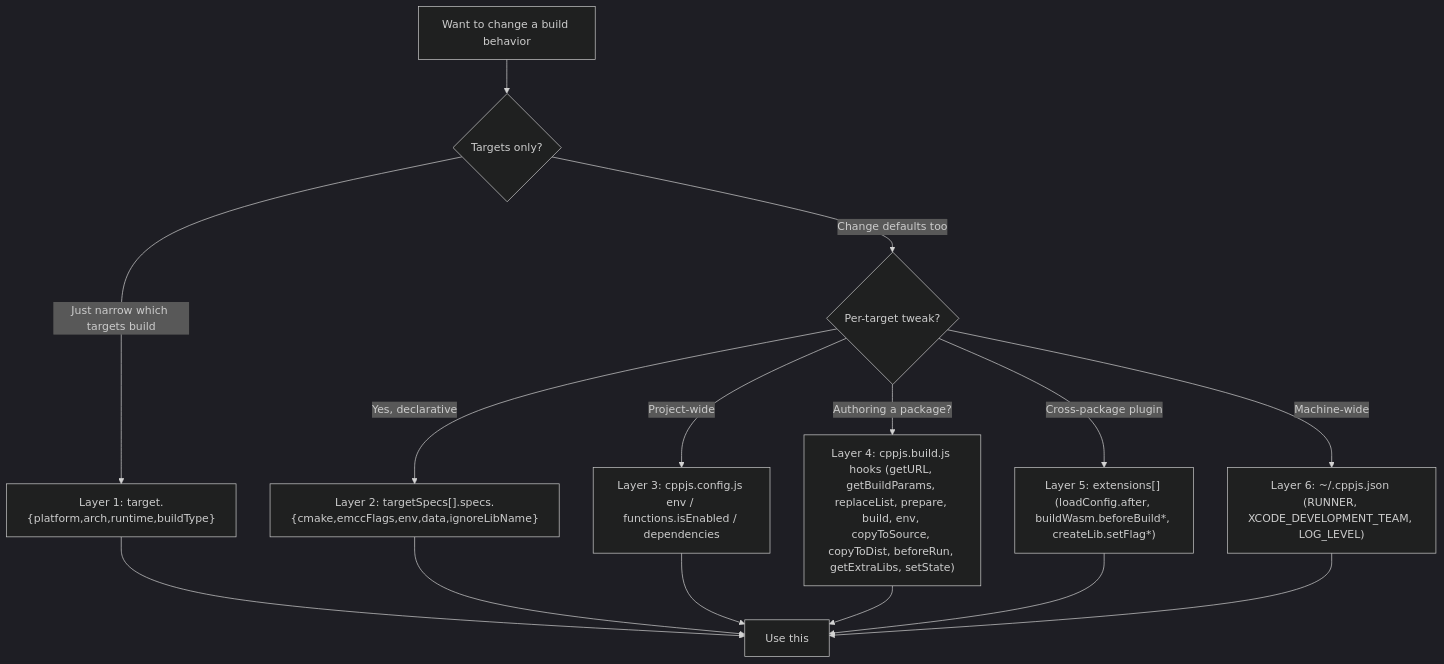
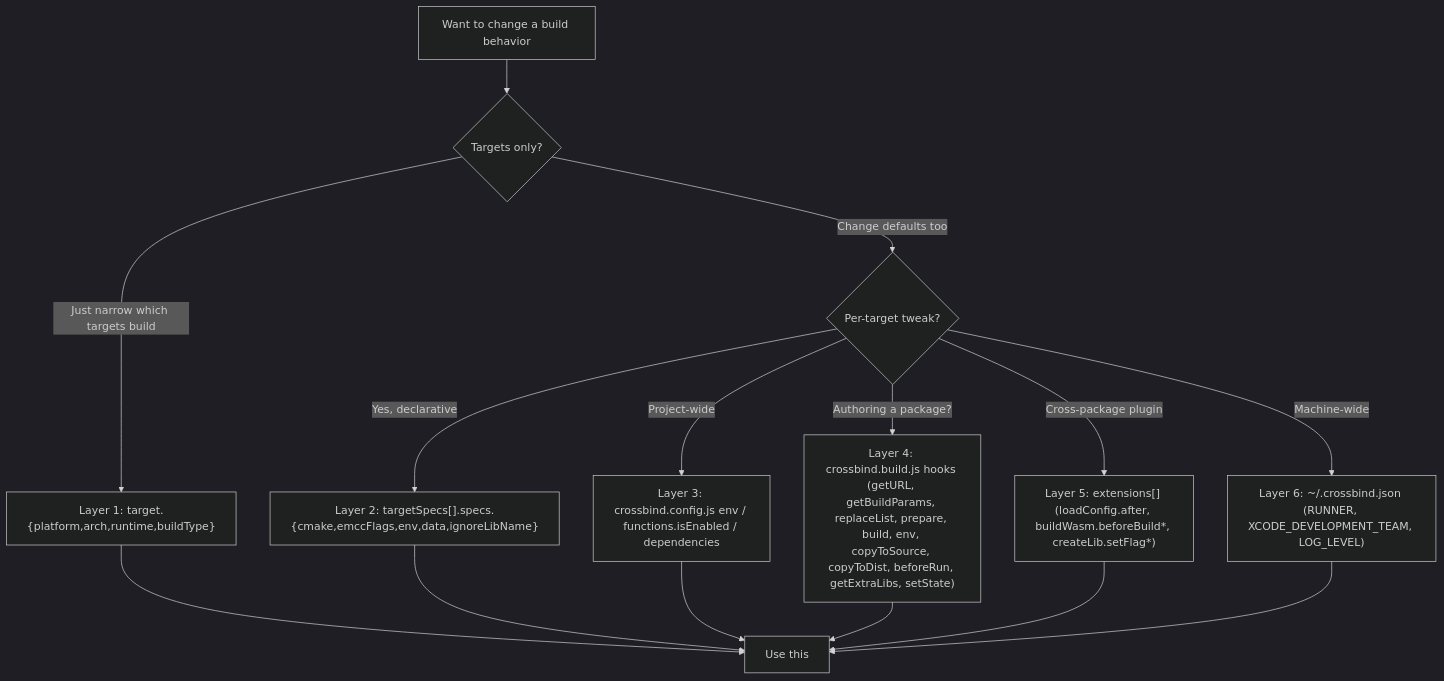
The second of 3 diagrams in docs/ARCHITECTURE.md (bugra9/cpp.js), drawn with Mermaid (dark theme) before and after one commit. The commit also changed other lines of this file and 2778 other files, not shown here.

````diff
--- a/docs/ARCHITECTURE.md
+++ b/docs/ARCHITECTURE.md
@@ -125,17 +125,17 @@
 ```mermaid
 flowchart TD
     Q["Want to change a build behavior"] --> Filter{"Targets only?"}
     Filter -->|"Just narrow which targets build"| L1["Layer 1: target.{platform,arch,runtime,buildType}"]
     Filter -->|"Change defaults too"| Spec{"Per-target tweak?"}
     Spec -->|"Yes, declarative"| L2["Layer 2: targetSpecs[].specs.{cmake,emccFlags,env,data,ignoreLibName}"]
-    Spec -->|"Project-wide"| L3a["Layer 3: cppjs.config.js env / functions.isEnabled / dependencies"]
-    Spec -->|"Authoring a package?"| L4["Layer 4: cppjs.build.js hooks (getURL, getBuildParams, replaceList, prepare, build, env, copyToSource, copyToDist, beforeRun, getExtraLibs, setState)"]
+    Spec -->|"Project-wide"| L3a["Layer 3: crossbind.config.js env / functions.isEnabled / dependencies"]
+    Spec -->|"Authoring a package?"| L4["Layer 4: crossbind.build.js hooks (getURL, getBuildParams, replaceList, prepare, build, env, copyToSource, copyToDist, beforeRun, getExtraLibs, setState)"]
     Spec -->|"Cross-package plugin"| L5["Layer 5: extensions[] (loadConfig.after, buildWasm.beforeBuild*, createLib.setFlag*)"]
-    Spec -->|"Machine-wide"| L6["Layer 6: ~/.cppjs.json (RUNNER, XCODE_DEVELOPMENT_TEAM, LOG_LEVEL)"]
+    Spec -->|"Machine-wide"| L6["Layer 6: ~/.crossbind.json (RUNNER, XCODE_DEVELOPMENT_TEAM, LOG_LEVEL)"]
     L1 --> Done[Use this]
     L2 --> Done
     L3a --> Done
     L4 --> Done
     L5 --> Done
     L6 --> Done
 ```
````
